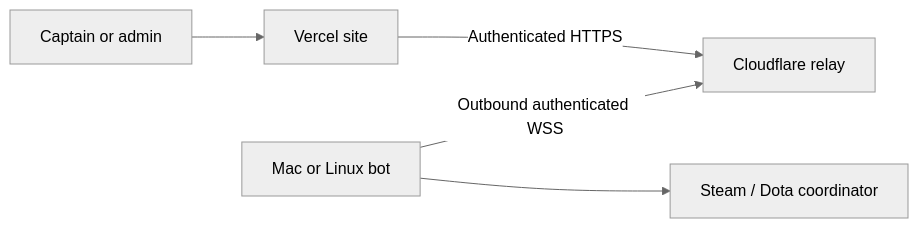
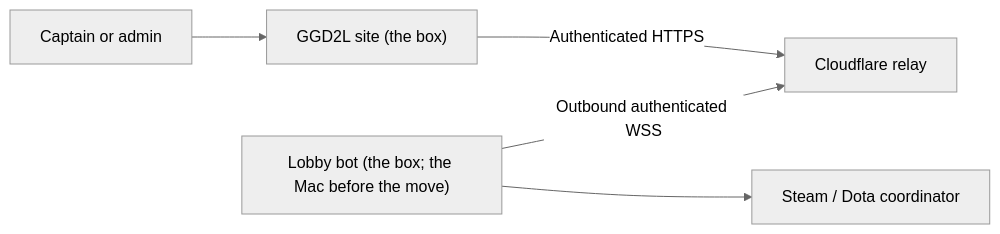
The diagram in docs/DOTA-LOBBY-BOT.md (timothyjjcrow/under-5k-league), drawn with Mermaid (neutral theme) before and after one commit. The commit also changed other lines of this file and 2 other files, not shown here.

First line of the commit message:
Docs: Europe setup and the lobby bot on the self-hosted box

````diff
--- a/docs/DOTA-LOBBY-BOT.md
+++ b/docs/DOTA-LOBBY-BOT.md
@@ -11,7 +11,7 @@
 ```mermaid
 flowchart LR
-  Captain[Captain or admin] --> Site[Vercel site]
+  Captain[Captain or admin] --> Site["GGD2L site (the box)"]
   Site -->|Authenticated HTTPS| Relay[Cloudflare relay]
-  Bot[Mac or Linux bot] -->|Outbound authenticated WSS| Relay
+  Bot["Lobby bot (the box; the Mac before the move)"] -->|Outbound authenticated WSS| Relay
   Bot --> Steam[Steam / Dota coordinator]
 ```
````
